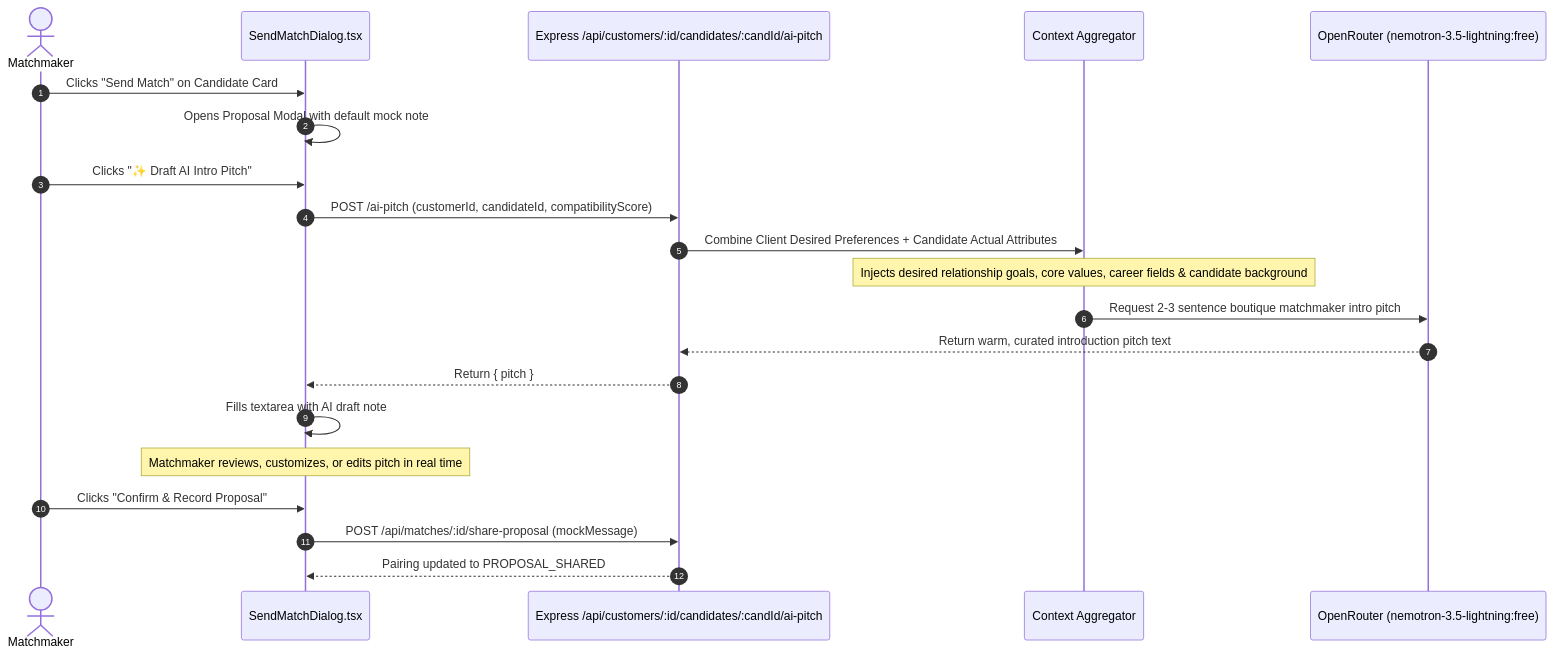
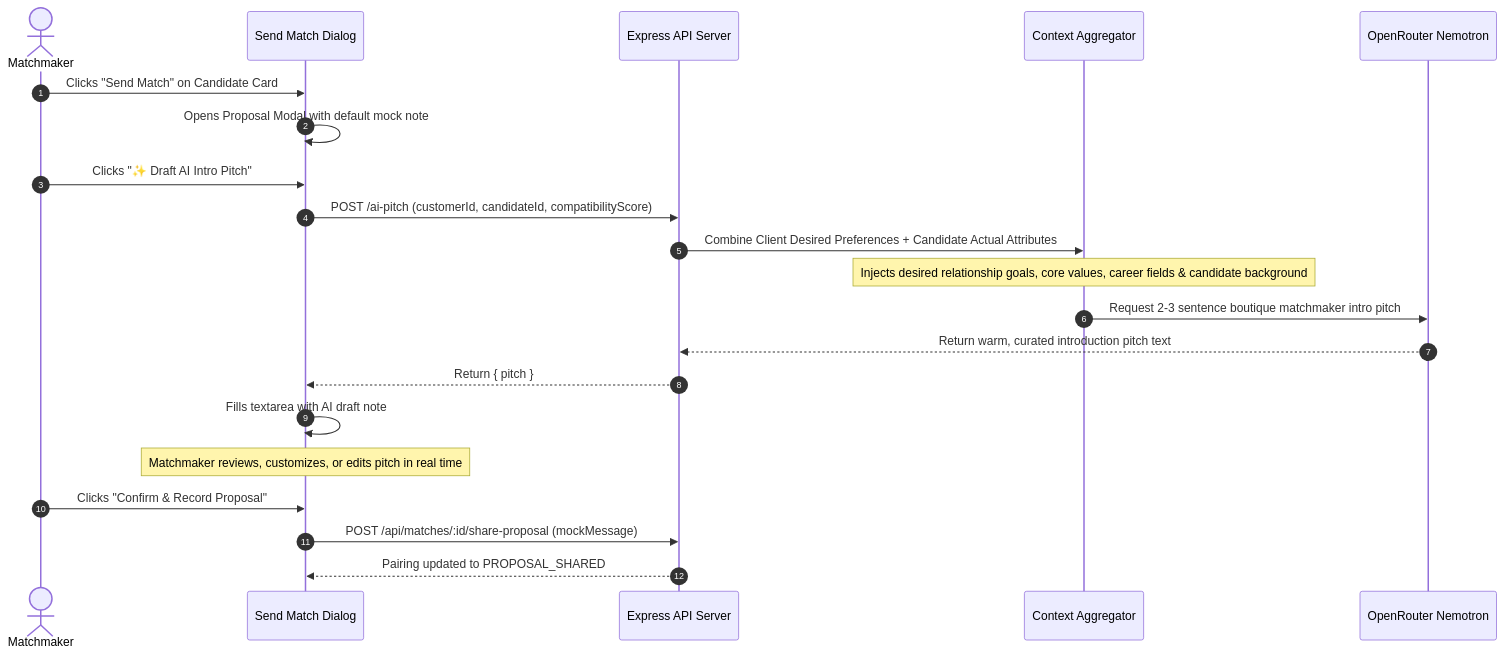
One commit to Riyanshverma/the-date-crew-assignment changed the fourth of 5 diagrams in README.md. Above: the diagram before and after it, drawn with Mermaid. The commit also changed other lines of this file and 1 other file, not shown here.

Commit message:
fix(docs): resolve Mermaid diagram syntax for GitHub preview rendering

````diff
--- a/README.md
+++ b/README.md
@@ -172,24 +172,24 @@
 ```mermaid
 sequenceDiagram
     autonumber
     actor MM as Matchmaker
-    participant Dialog as SendMatchDialog.tsx
-    participant API as Express /api/customers/:id/candidates/:candId/ai-pitch
+    participant Dialog as Send Match Dialog
+    participant API as Express API Server
     participant Prompt as Context Aggregator
-    participant OR as OpenRouter (nemotron-3.5-lightning:free)
+    participant OR as OpenRouter Nemotron
 
     MM->>Dialog: Clicks "Send Match" on Candidate Card
     Dialog->>Dialog: Opens Proposal Modal with default mock note
     MM->>Dialog: Clicks "✨ Draft AI Intro Pitch"
     Dialog->>API: POST /ai-pitch (customerId, candidateId, compatibilityScore)
     API->>Prompt: Combine Client Desired Preferences + Candidate Actual Attributes
     Note over Prompt: Injects desired relationship goals, core values, career fields & candidate background
     Prompt->>OR: Request 2-3 sentence boutique matchmaker intro pitch
     OR-->>API: Return warm, curated introduction pitch text
     API-->>Dialog: Return { pitch }
     Dialog->>Dialog: Fills textarea with AI draft note
     Note over Dialog: Matchmaker reviews, customizes, or edits pitch in real time
     MM->>Dialog: Clicks "Confirm & Record Proposal"
     Dialog->>API: POST /api/matches/:id/share-proposal (mockMessage)
     API-->>Dialog: Pairing updated to PROPOSAL_SHARED
 ```
````
